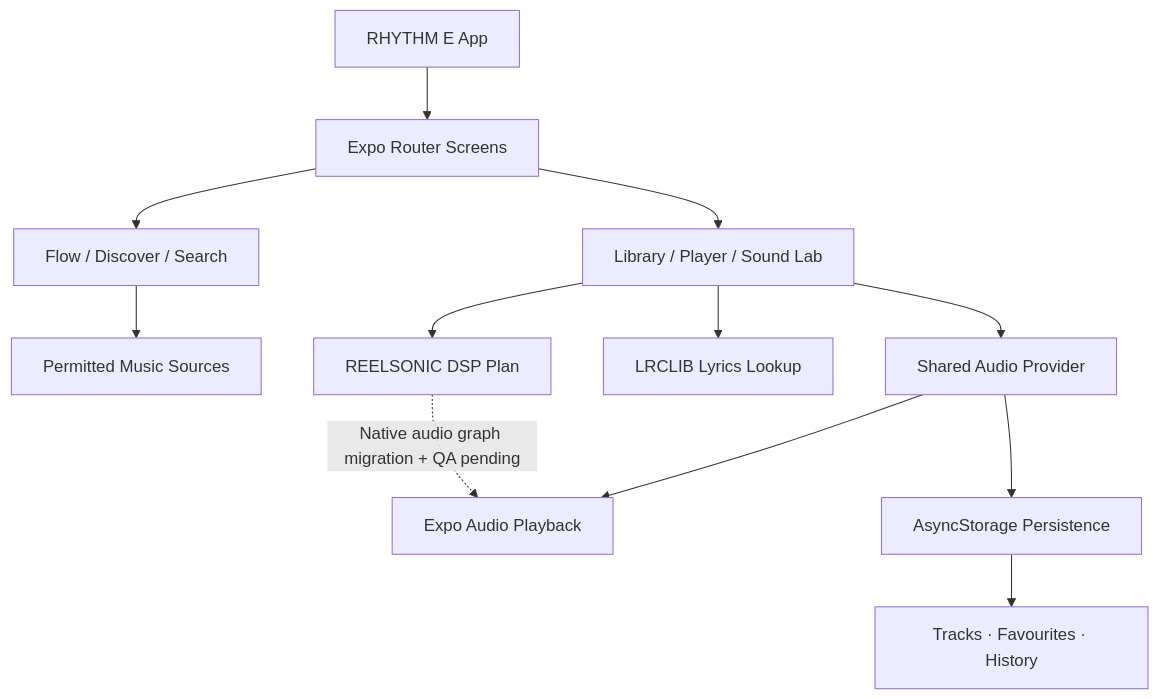
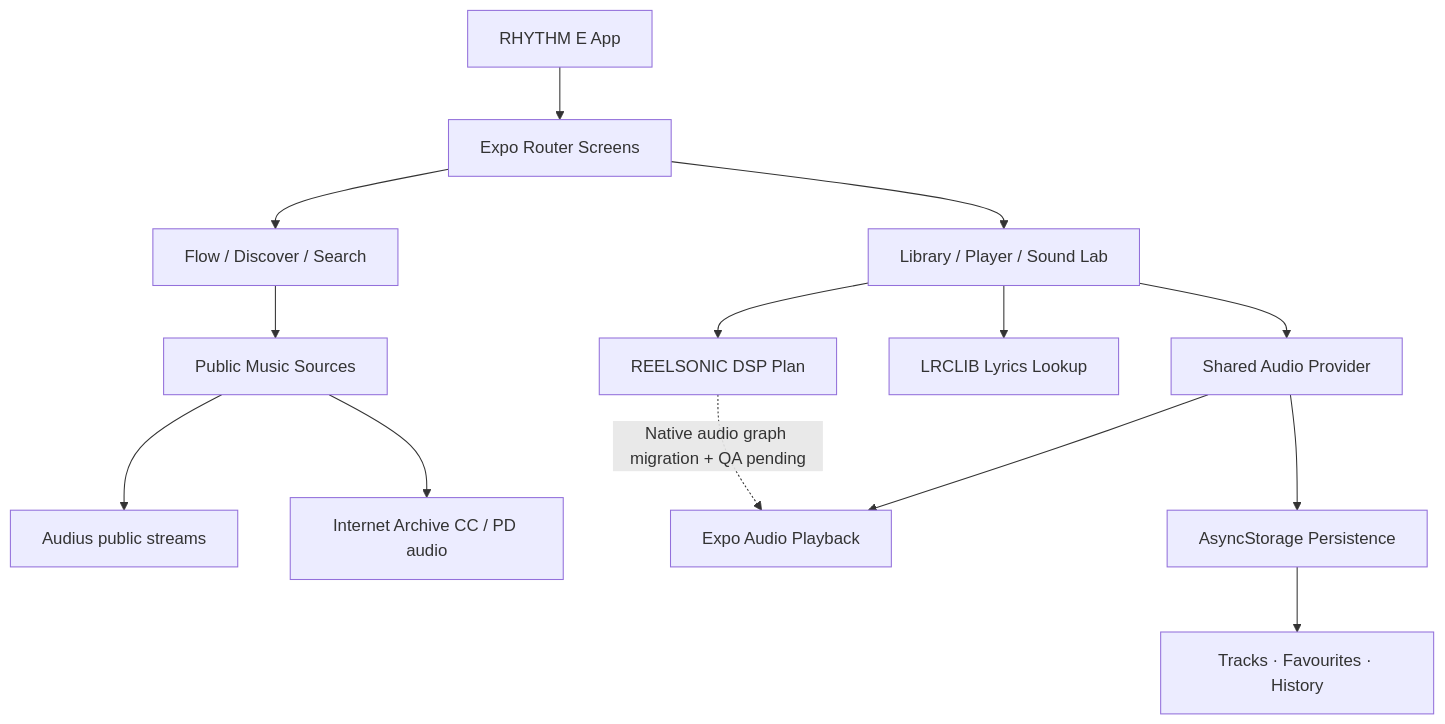
Before and after one commit to smrutiranjandev0p/RHYTHM-E: the diagram in README.md, drawn with Mermaid. The commit also changed other lines of this file and 5 other files, not shown here.

Commit message:
feat: add resilient public music playback

````diff
--- a/README.md
+++ b/README.md
@@ -70,14 +70,16 @@
 ```mermaid
 flowchart TD
     A["RHYTHM E App"] --> B["Expo Router Screens"]
     B --> C["Flow / Discover / Search"]
     B --> D["Library / Player / Sound Lab"]
-    C --> E["Permitted Music Sources"]
+    C --> E["Public Music Sources"]
+    E --> EA["Audius public streams"]
+    E --> EI["Internet Archive CC / PD audio"]
     D --> F["Shared Audio Provider"]
     F --> G["Expo Audio Playback"]
     F --> H["AsyncStorage Persistence"]
     H --> I["Tracks · Favourites · History"]
     D --> J["LRCLIB Lyrics Lookup"]
     D --> K["REELSONIC DSP Plan"]
     K -. "Native audio graph migration + QA pending" .-> G
 ```
````
